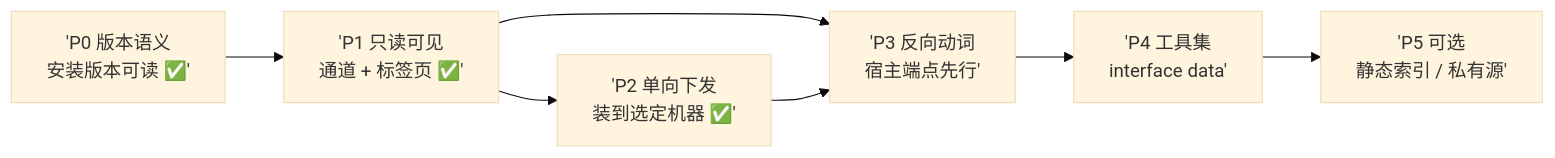
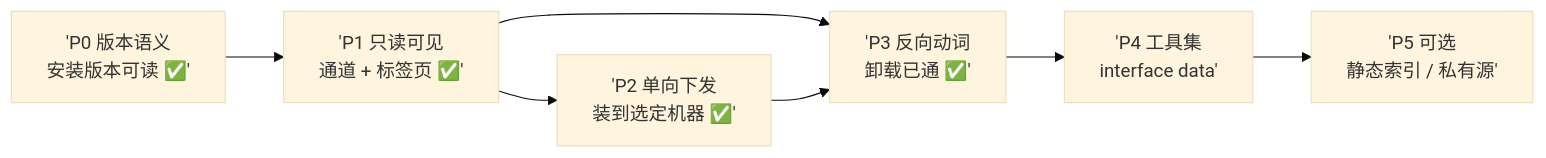
The diagram in PLUGIN_PLAN.md (Ethereal1024/Clutch), drawn with Mermaid (base theme) before and after one commit. The commit also changed other lines of this file and 1 other file, not shown here.

````diff
--- a/PLUGIN_PLAN.md
+++ b/PLUGIN_PLAN.md
@@ -95,9 +102,9 @@
 ```mermaid
 flowchart LR
   P0['P0 版本语义<br/>安装版本可读 ✅'] --> P1['P1 只读可见<br/>通道 + 标签页 ✅']
   P1 --> P2['P2 单向下发<br/>装到选定机器 ✅']
-  P1 --> P3['P3 反向动词<br/>宿主端点先行']
+  P1 --> P3['P3 反向动词<br/>卸载已通 ✅']
   P2 --> P3
   P3 --> P4['P4 工具集<br/>interface data']
   P4 --> P5['P5 可选<br/>静态索引 / 私有源']
 ```
````
